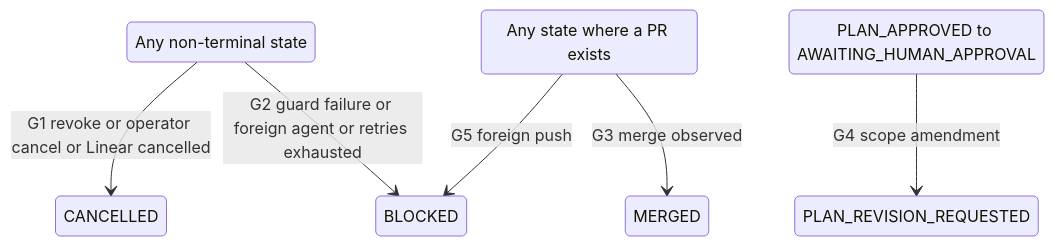
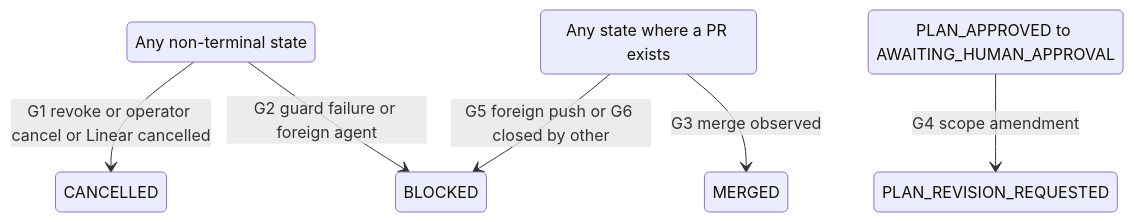
Before and after one commit to usjbro/Project-Mercury: the second of 3 diagrams in docs/mercury/architecture/state-machine.md, drawn with Mermaid. The commit also changed other lines of this file and 28 other files, not shown here.

````diff
--- a/docs/mercury/architecture/state-machine.md
+++ b/docs/mercury/architecture/state-machine.md
@@ -120,11 +152,11 @@
 ```mermaid
 stateDiagram-v2
     state "Any non-terminal state" as ANY
     state "Any state where a PR exists" as WITHPR
     state "PLAN_APPROVED to AWAITING_HUMAN_APPROVAL" as POSTPLAN
     ANY --> CANCELLED: G1 revoke or operator cancel or Linear cancelled
-    ANY --> BLOCKED: G2 guard failure or foreign agent or retries exhausted
+    ANY --> BLOCKED: G2 guard failure or foreign agent
     WITHPR --> MERGED: G3 merge observed
     POSTPLAN --> PLAN_REVISION_REQUESTED: G4 scope amendment
-    WITHPR --> BLOCKED: G5 foreign push
+    WITHPR --> BLOCKED: G5 foreign push or G6 closed by other
 ```
````
